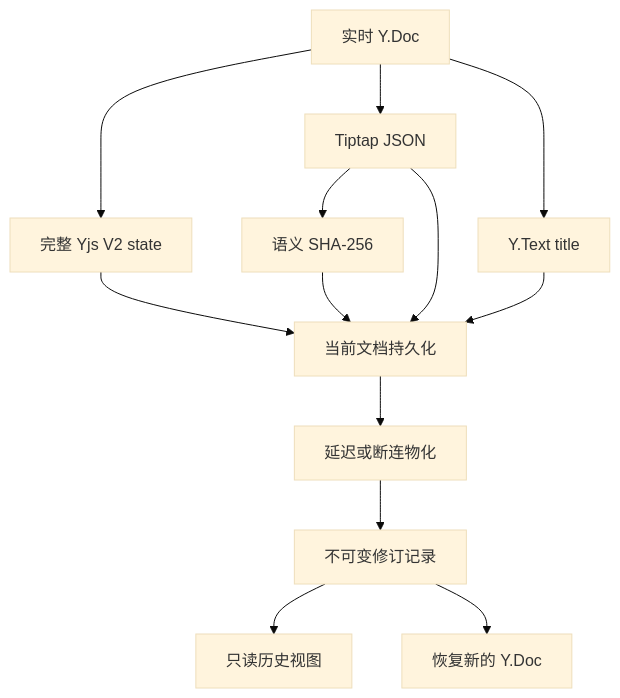
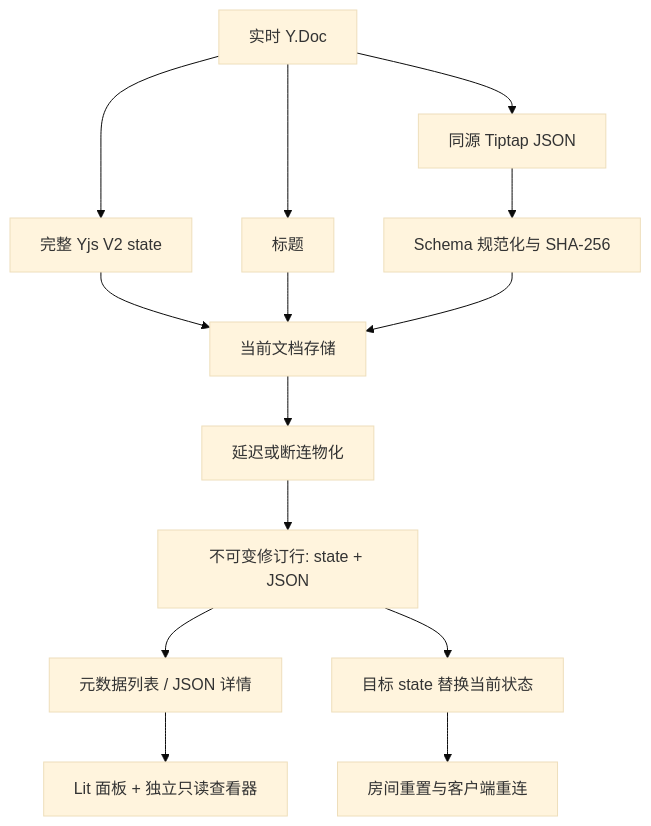
One commit to MoMeak9/tiptap-yjs-snapshot changed the first of 2 diagrams in docs/architecture.zh-CN.md. Above: the diagram before and after it, drawn with Mermaid (base theme). The commit also changed other lines of this file and 72 other files, not shown here.

````diff
--- a/docs/architecture.zh-CN.md
+++ b/docs/architecture.zh-CN.md
@@ -7,15 +9,16 @@
 ```mermaid
 flowchart TD
-  L[实时 Y.Doc] --> V2[完整 Yjs V2 state]
-  L --> JSON[Tiptap JSON]
-  L --> TITLE[Y.Text title]
-  JSON --> HASH[语义 SHA-256]
-  V2 --> CURRENT[当前文档持久化]
-  JSON --> CURRENT
+  LIVE[实时 Y.Doc] --> STATE[完整 Yjs V2 state]
+  LIVE --> JSON[同源 Tiptap JSON]
+  LIVE --> TITLE[标题]
+  JSON --> CANON[Schema 规范化与 SHA-256]
+  STATE --> CURRENT[当前文档存储]
   TITLE --> CURRENT
-  HASH --> CURRENT
-  CURRENT --> QUEUE[延迟或断连物化]
-  QUEUE --> ROW[不可变修订记录]
-  ROW --> VIEW[只读历史视图]
-  ROW --> RESTORE[恢复新的 Y.Doc]
+  CANON --> CURRENT
+  CURRENT --> JOB[延迟或断连物化]
+  JOB --> REV[不可变修订行: state + JSON]
+  REV --> API[元数据列表 / JSON 详情]
+  API --> UI[Lit 面板 + 独立只读查看器]
+  REV --> RESTORE[目标 state 替换当前状态]
+  RESTORE --> RESET[房间重置与客户端重连]
 ```
````
